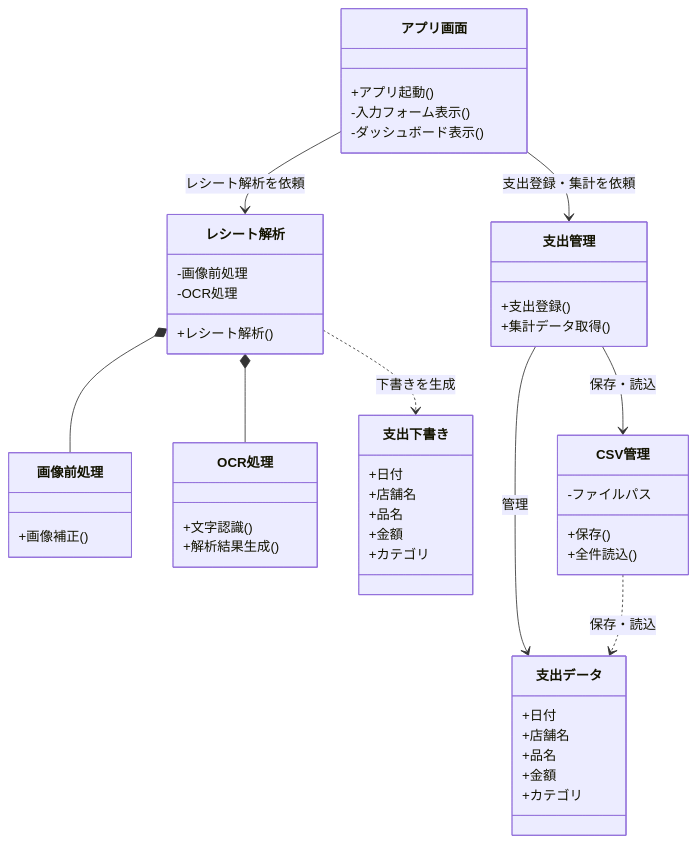
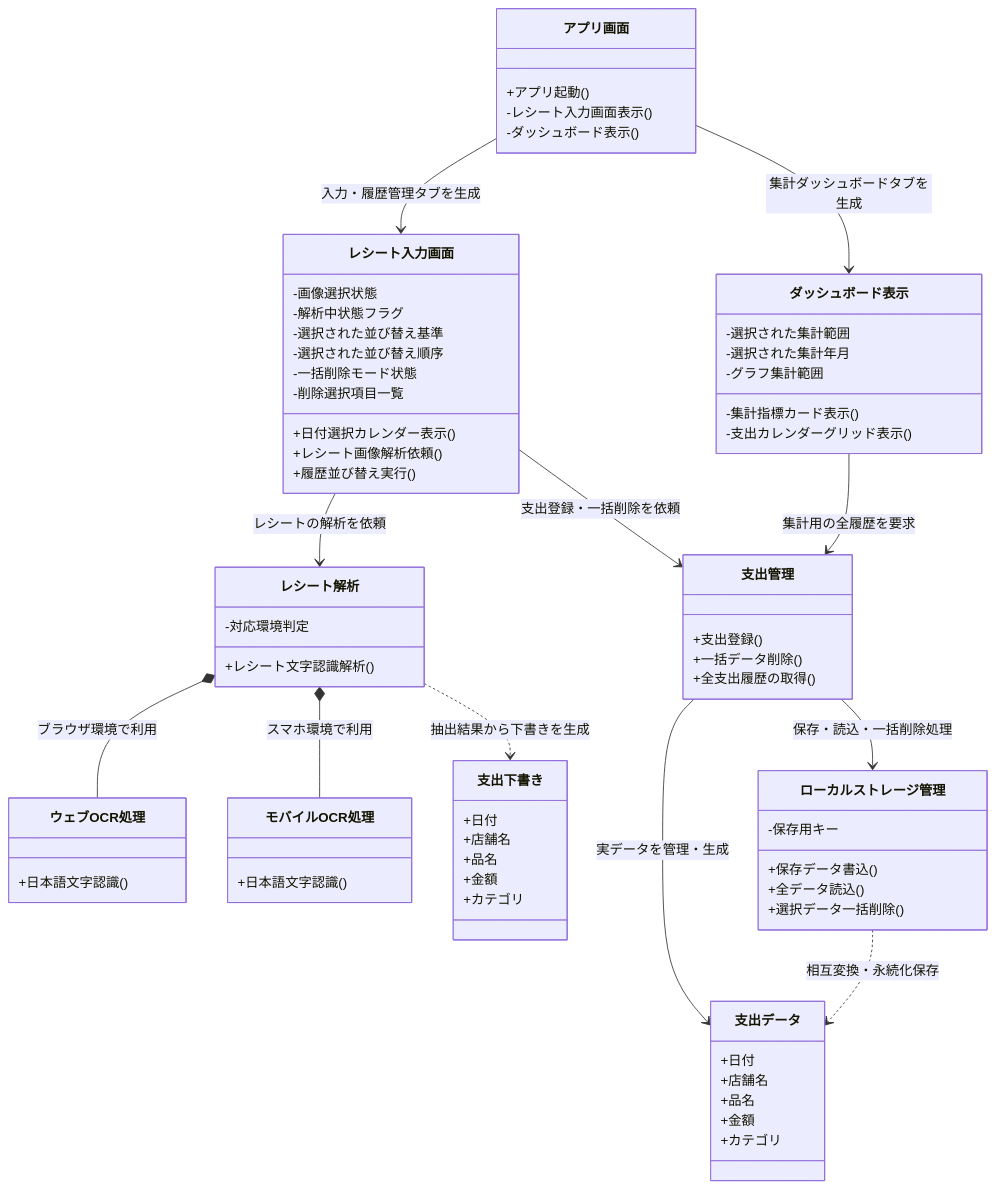
The second of 4 diagrams in receipt_checker/README.md (userT-2213/receipt_checker), drawn with Mermaid before and after one commit. The commit also changed other lines of this file, not shown here.

````diff
--- a/receipt_checker/README.md
+++ b/receipt_checker/README.md
@@ -104,63 +109,90 @@
 ```mermaid
 classDiagram
+    direction TB
 
-class アプリ画面 {
-    +アプリ起動()
-    -入力フォーム表示()
-    -ダッシュボード表示()
-}
+    class アプリ画面 {
+        +アプリ起動()
+        -レシート入力画面表示()
+        -ダッシュボード表示()
+    }
 
-class 支出管理 {
-    +支出登録()
-    +集計データ取得()
-}
+    class レシート入力画面 {
+        -画像選択状態
+        -解析中状態フラグ
+        -選択された並び替え基準
+        -選択された並び替え順序
+        -一括削除モード状態
+        -削除選択項目一覧
+        +日付選択カレンダー表示()
+        +レシート画像解析依頼()
+        +履歴並び替え実行()
+    }
 
-class レシート解析 {
-    -画像前処理
-    -OCR処理
-    +レシート解析()
-}
+    class ダッシュボード表示 {
+        -選択された集計範囲
+        -選択された集計年月
+        -グラフ集計範囲
+        -集計指標カード表示()
+        -支出カレンダーグリッド表示()
+    }
 
-class 画像前処理 {
-    +画像補正()
-}
+    class 支出管理 {
+        +支出登録()
+        +一括データ削除()
+        +全支出履歴の取得()
+    }
 
-class OCR処理 {
-    +文字認識()
-    +解析結果生成()
-}
+    class レシート解析 {
+        -対応環境判定
+        +レシート文字認識解析()
+    }
 
-class 支出下書き {
-    +日付
-    +店舗名
-    +品名
-    +金額
-    +カテゴリ
-}
+    class ウェブOCR処理 {
+        +日本語文字認識()
+    }
 
-class 支出データ {
-    +日付
-    +店舗名
-    +品名
-    +金額
-    +カテゴリ
-}
+    class モバイルOCR処理 {
+        +日本語文字認識()
+    }
 
-class CSV管理 {
-    -ファイルパス
-    +保存()
-    +全件読込()
-}
+    class 支出下書き {
+        +日付
+        +店舗名
+        +品名
+        +金額
+        +カテゴリ
+    }
 
-アプリ画面 --> 支出管理 : 支出登録・集計を依頼
-アプリ画面 --> レシート解析 : レシート解析を依頼
+    class 支出データ {
+        +日付
+        +店舗名
+        +品名
+        +金額
+        +カテゴリ
+    }
 
-支出管理 --> CSV管理 : 保存・読込
-支出管理 --> 支出データ : 管理
+    class ローカルストレージ管理 {
+        -保存用キー
+        +保存データ書込()
+        +全データ読込()
+        +選択データ一括削除()
+    }
 
-レシート解析 *-- 画像前処理
-レシート解析 *-- OCR処理
+    %% 関係性の定義
+    アプリ画面 --> レシート入力画面 : 入力・履歴管理タブを生成
+    アプリ画面 --> ダッシュボード表示 : 集計ダッシュボードタブを生成
 
-レシート解析 ..> 支出下書き : 下書きを生成
-CSV管理 ..> 支出データ : 保存・読込
+    レシート入力画面 --> 支出管理 : 支出登録・一括削除を依頼
+    レシート入力画面 --> レシート解析 : レシートの解析を依頼
+
+    ダッシュボード表示 --> 支出管理 : 集計用の全履歴を要求
+
+    支出管理 --> ローカルストレージ管理 : 保存・読込・一括削除処理
+    支出管理 --> 支出データ : 実データを管理・生成
+
+    レシート解析 *-- ウェブOCR処理 : ブラウザ環境で利用
+    レシート解析 *-- モバイルOCR処理 : スマホ環境で利用
+
+    レシート解析 ..> 支出下書き : 抽出結果から下書きを生成
+    ローカルストレージ管理 ..> 支出データ : 相互変換・永続化保存
 ```
````
